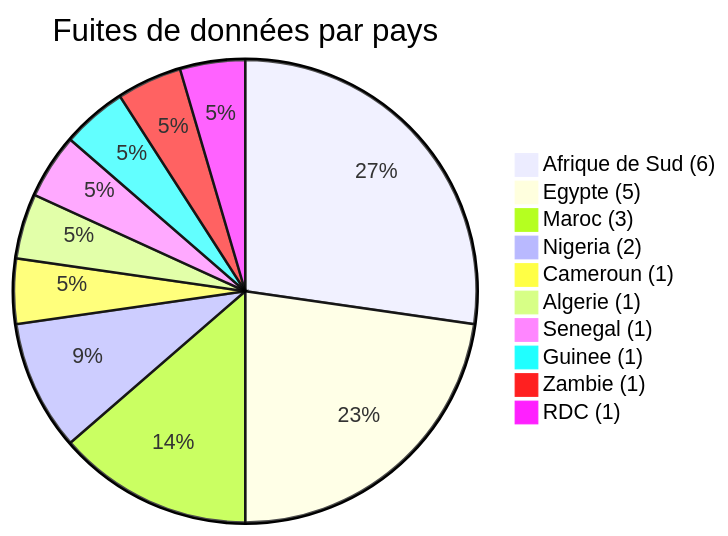
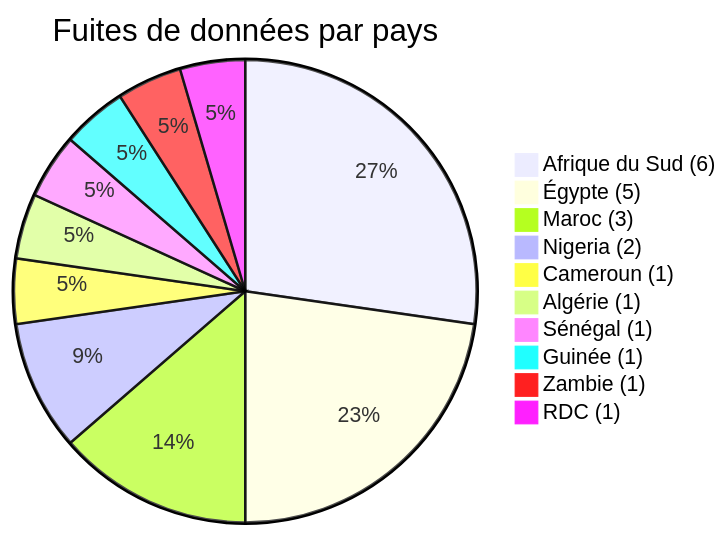
Before and after one commit to Hatchepsoute/AFRINTEL: the third of 5 diagrams in CyberAttackAfrica/2026/03-march/README_FR.md, drawn with Mermaid. The commit also changed other lines of this file and 9 other files, not shown here.

````diff
--- a/CyberAttackAfrica/2026/03-march/README_FR.md
+++ b/CyberAttackAfrica/2026/03-march/README_FR.md
@@ -109,14 +109,14 @@
 ```mermaid
 pie
     title Fuites de données par pays
-    "Afrique de Sud (6)" : 6
-    "Egypte (5)" : 5
+    "Afrique du Sud (6)" : 6
+    "Égypte (5)" : 5
     "Maroc (3)" : 3
     "Nigeria (2)" : 2
     "Cameroun (1)" : 1
-    "Algerie (1)" : 1
-    "Senegal (1)" : 1
-    "Guinee (1)" : 1
+    "Algérie (1)" : 1
+    "Sénégal (1)" : 1
+    "Guinée (1)" : 1
     "Zambie (1)" : 1
     "RDC (1)" : 1
 ```
````
